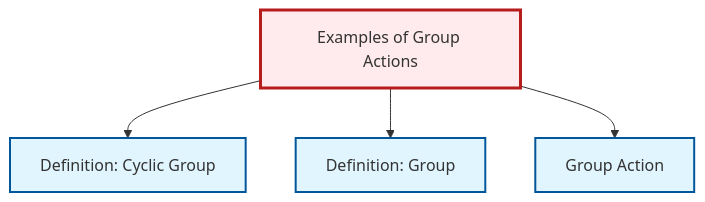
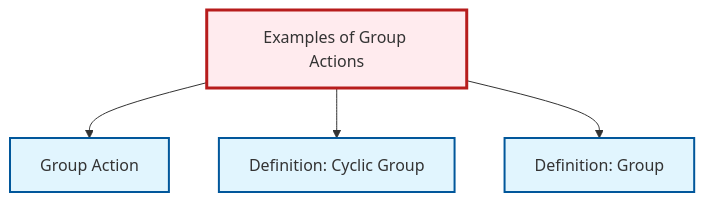
The diagram in content/ja/algebra/ex-group-action-examples.qmd (RK0429/ModernMath), drawn with Mermaid before and after one commit. The commit also changed other lines of this file and 18 other files, not shown here.

````diff
--- a/content/ja/algebra/ex-group-action-examples.qmd
+++ b/content/ja/algebra/ex-group-action-examples.qmd
@@ -74,20 +78,20 @@
 ```{mermaid}
 %%| fig-cap: "Local dependency graph"
 graph TD
     classDef definition fill:#e1f5fe,stroke:#01579b,stroke-width:2px
     classDef theorem fill:#f3e5f5,stroke:#4a148c,stroke-width:2px
     classDef axiom fill:#fff3e0,stroke:#e65100,stroke-width:2px
     classDef example fill:#e8f5e9,stroke:#1b5e20,stroke-width:2px
     classDef current fill:#ffebee,stroke:#b71c1c,stroke-width:3px
+    def-group["Definition: Group"]:::definition
     ex-group-action-examples["Examples of Group Actions"]:::example
     def-group-action["Group Action"]:::definition
     def-cyclic-group["Definition: Cyclic Group"]:::definition
-    def-group["Definition: Group"]:::definition
+    ex-group-action-examples --> def-group-action
     ex-group-action-examples --> def-cyclic-group
     ex-group-action-examples --> def-group
-    ex-group-action-examples --> def-group-action
     class ex-group-action-examples current
+    click def-group "def-group.html" "Definition: Groupへ"
     click def-group-action "def-group-action.html" "Group Actionへ"
     click def-cyclic-group "def-cyclic-group.html" "Definition: Cyclic Groupへ"
-    click def-group "def-group.html" "Definition: Groupへ"
 ```
````
